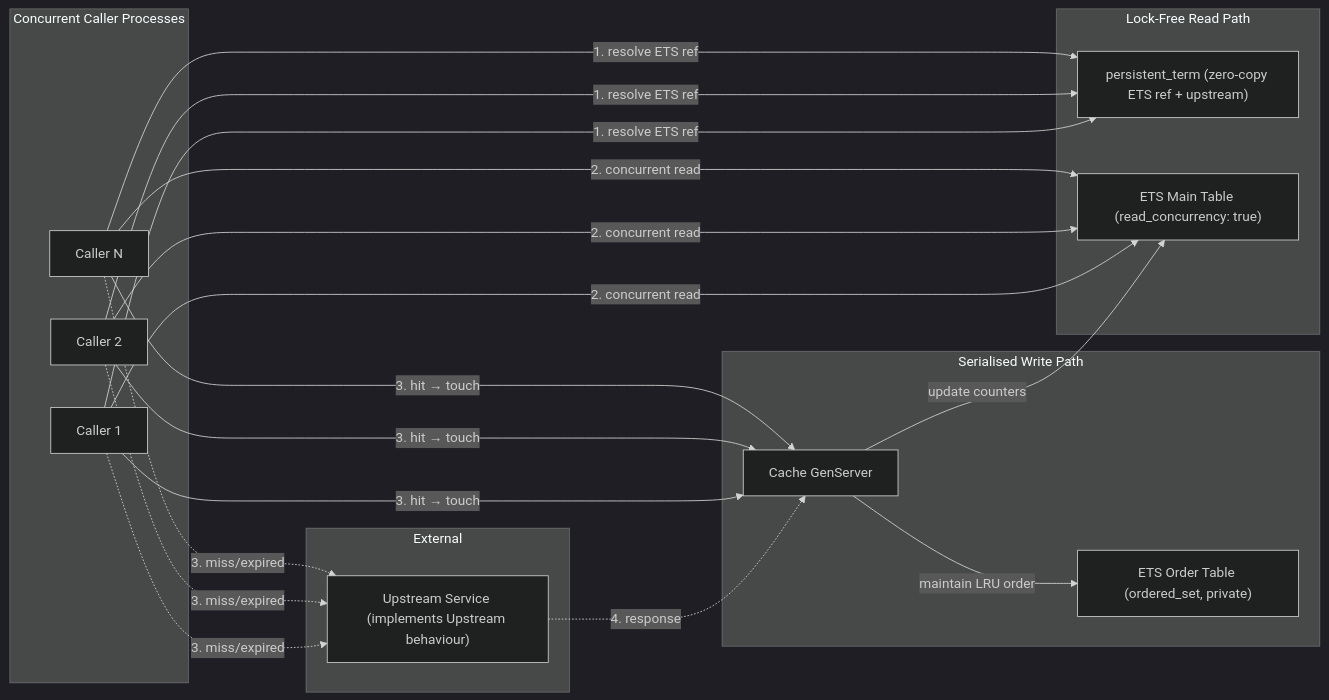
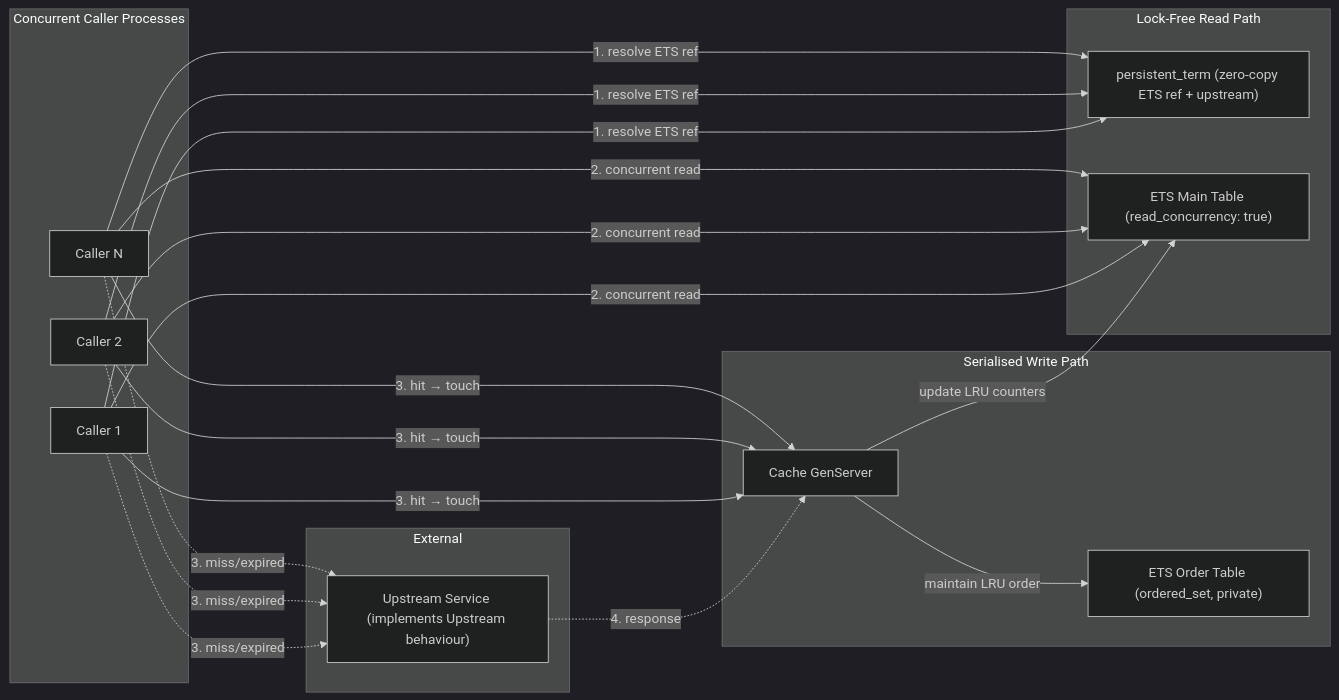
One commit to gavi-dorf/appwork_take_home changed the third of 3 diagrams in README.md. Above: the diagram before and after it, drawn with Mermaid (dark theme). The commit also changed other lines of this file, not shown here.

Commit message:
V3: Minor tweaks to README graphs

````diff
--- a/README.md
+++ b/README.md
@@ -115,30 +116,30 @@
 ```mermaid
 flowchart LR
     subgraph Callers["Concurrent Caller Processes"]
         C1["Caller 1"]
         C2["Caller 2"]
         C3["Caller N"]
     end
 
     subgraph ReadPath["Lock-Free Read Path"]
         PT["persistent_term (zero-copy ETS ref + upstream)"]
         ETS["ETS Main Table (read_concurrency: true)"]
     end
 
     subgraph WritePath["Serialised Write Path"]
         GS["Cache GenServer"]
         OT["ETS Order Table (ordered_set, private)"]
     end
 
     subgraph External["External"]
         US["Upstream Service (implements Upstream behaviour)"]
     end
 
     C1 & C2 & C3 -- "1. resolve ETS ref" --> PT
     C1 & C2 & C3 -- "2. concurrent read" --> ETS
     C1 & C2 & C3 -. "3. miss/expired" .-> US
     US -. "4. response" .-> GS
     C1 & C2 & C3 -- "3. hit → touch" --> GS
-    GS -- "update counters" --> ETS
+    GS -- "update LRU counters" --> ETS
     GS -- "maintain LRU order" --> OT
 ```
````
